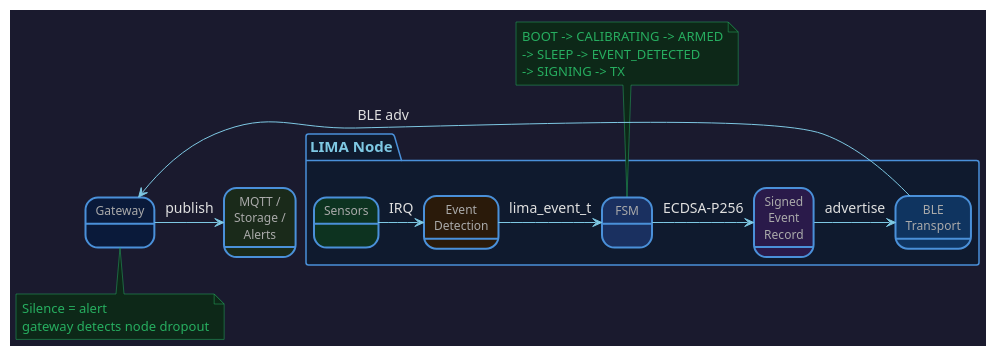
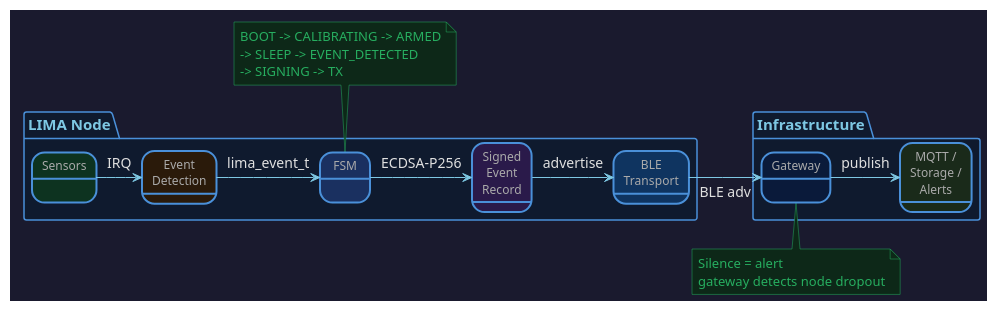
Before and after one commit to jknoxdev/lima-node: the diagram in docs/architecture/overview-h.puml, drawn with PlantUML.

Commit message:
docs(overview): redo for left to right

```diff
--- a/docs/architecture/overview-h.puml
+++ b/docs/architecture/overview-h.puml
@@ -1,61 +1,63 @@
 @startuml overview
 !pragma layout smetana
 allowmixing
 
 skinparam {
     BackgroundColor #1a1a2e
     ArrowColor #7EC8E3
     ArrowFontColor #CCCCCC
     ArrowFontSize 13
     DefaultFontName Arial
     DefaultFontColor #E0E0E0
     DefaultFontSize 14
     StateBorderColor #4A90D9
     StateBorderThickness 2
     StateBackgroundColor #0f3460
     StateFontColor #FFFFFF
     StateFontSize 16
     StateAttributeFontColor #AAAAAA
     StateAttributeFontSize 12
     NoteBackgroundColor #0D2818
     NoteBorderColor #27AE60
     NoteFontColor #27AE60
     NoteFontSize 13
     PackageBorderColor #4A90D9
     PackageBackgroundColor #0f1a2e
     PackageFontColor #7EC8E3
     PackageFontSize 15
     nodesep 20
     ranksep 40
 }
 
 package "LIMA Node" {
     state "Sensors" as sensors #0D3320
     state "Event\nDetection" as detect #2a1a0a
     state "FSM" as fsm #1a3060
     state "Signed\nEvent\nRecord" as packet #2a1a4a
     state "BLE\nTransport" as ble #0f3460
 }
 
-state "Gateway" as gw #0a1a3a
-state "MQTT /\nStorage /\nAlerts" as backend #1a2a1a
+package "Infrastructure" {
+    state "Gateway" as gw #0a1a3a
+    state "MQTT /\nStorage /\nAlerts" as backend #1a2a1a
+}
 
 sensors -right-> detect : IRQ
 detect -right-> fsm : lima_event_t
 fsm -right-> packet : ECDSA-P256
 packet -right-> ble : advertise
 ble -right-> gw : BLE adv
 gw -right-> backend : publish
 
 note top of fsm
   BOOT -> CALIBRATING -> ARMED
   -> SLEEP -> EVENT_DETECTED
   -> SIGNING -> TX
 end note
 
 note bottom of gw
   Silence = alert
   gateway detects node dropout
 end note
 
 @enduml
```
